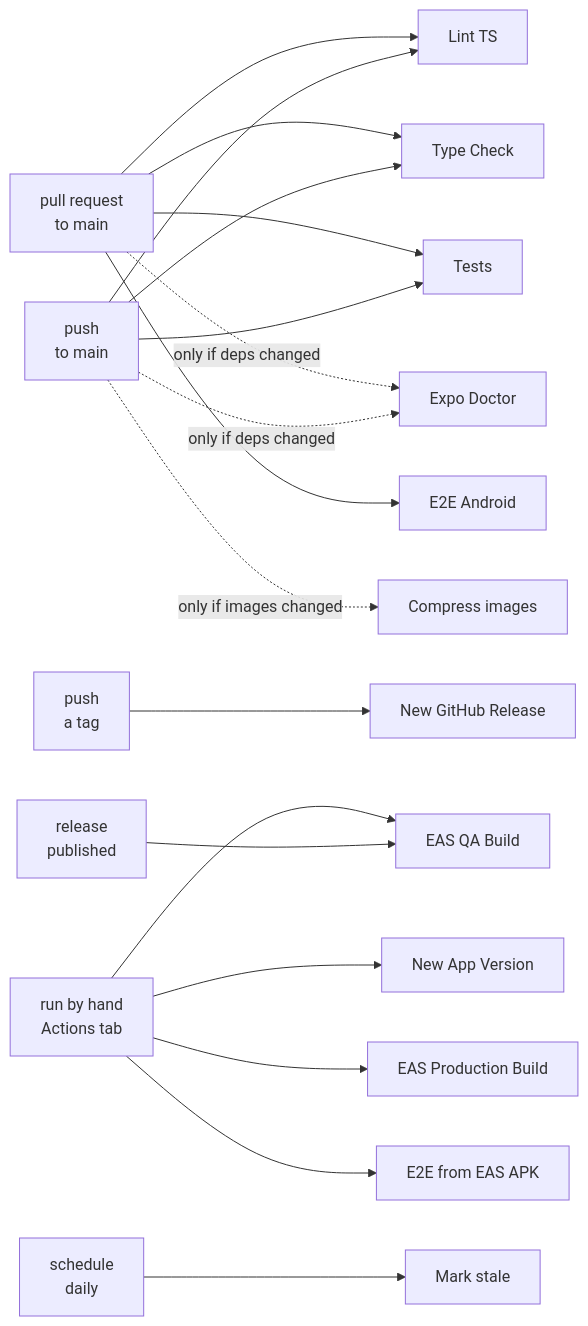
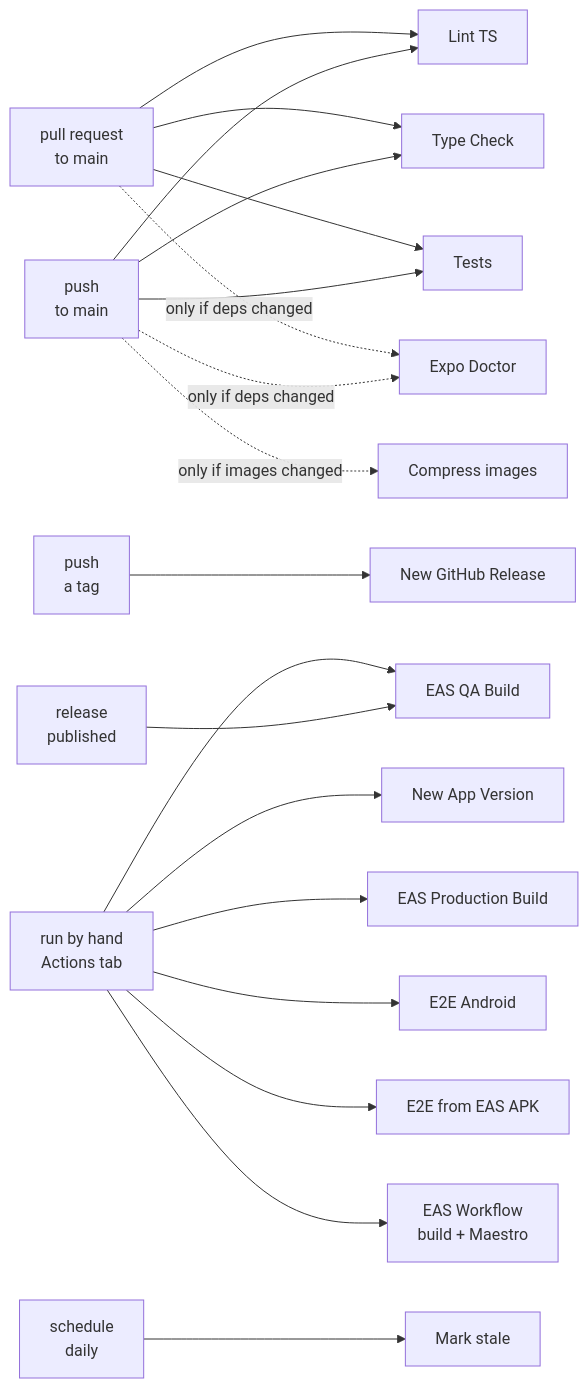
Before and after one commit to TiagoOlivv/s-expo: the first of 2 diagrams in docs/ci/workflows.md, drawn with Mermaid. The commit also changed other lines of this file and 5 other files, not shown here.

````diff
--- a/docs/ci/workflows.md
+++ b/docs/ci/workflows.md
@@ -7,30 +7,31 @@
 ```mermaid
 flowchart LR
     PR["pull request<br/>to main"]
     PUSH["push<br/>to main"]
     TAG["push<br/>a tag"]
     REL["release<br/>published"]
     MAN["run by hand<br/>Actions tab"]
     CRON["schedule<br/>daily"]
 
     PR --> LINT["Lint TS"]
     PR --> TYPE["Type Check"]
     PR --> TEST["Tests"]
     PR -.->|"only if deps changed"| DOC["Expo Doctor"]
-    PR --> E2E["E2E Android"]
 
     PUSH --> LINT
     PUSH --> TYPE
     PUSH --> TEST
     PUSH -.->|"only if deps changed"| DOC
     PUSH -.->|"only if images changed"| IMG["Compress images"]
 
     MAN --> VER["New App Version"]
     MAN --> QA["EAS QA Build"]
     MAN --> PROD["EAS Production Build"]
-    MAN --> E2EAS["E2E from EAS APK"]
+    MAN --> E2EAS["E2E Android"]
+    MAN --> E2EAS2["E2E from EAS APK"]
+    MAN --> EASWF["EAS Workflow<br/>build + Maestro"]
 
     TAG --> GHREL["New GitHub Release"]
     REL --> QA
     CRON --> STALE["Mark stale"]
 ```
````
